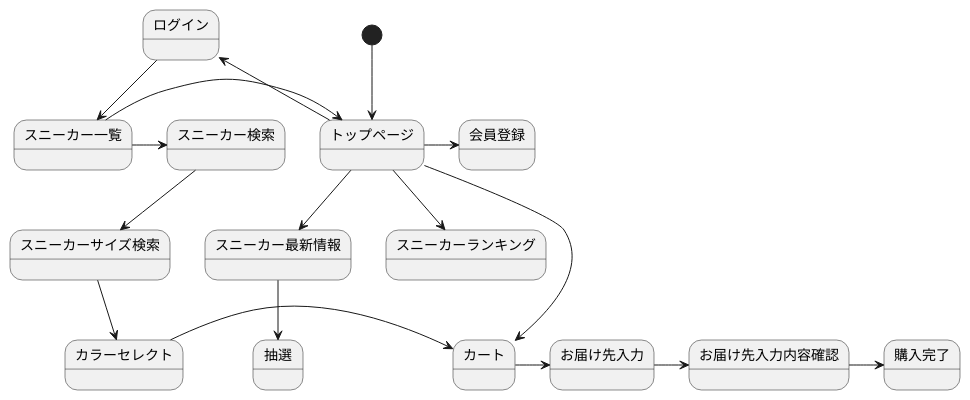
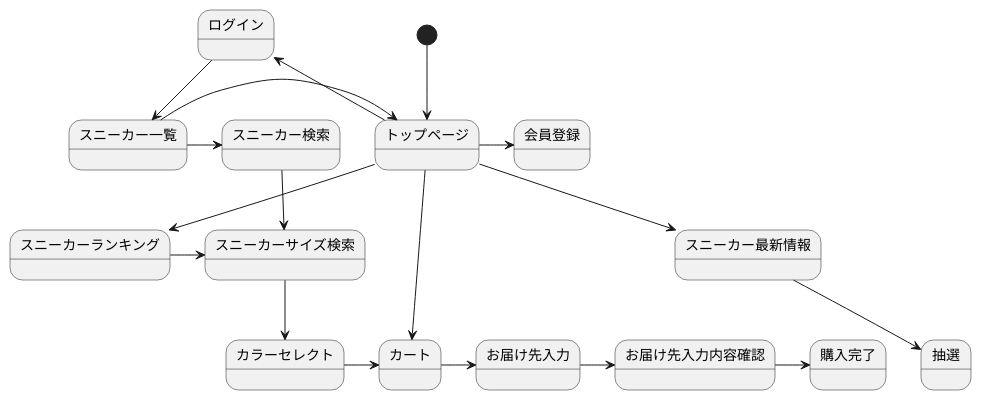
The diagram in kadai12.md (Aso2001379/2021sys-desing), drawn with PlantUML before and after one commit.

````diff
--- a/kadai12.md
+++ b/kadai12.md
@@ -1,20 +1,21 @@
 ```uml
 @startuml
 [*] --> トップページ
 トップページ -> 会員登録
 トップページ -left--> ログイン
 トップページ --> スニーカー最新情報
 スニーカー最新情報 --> 抽選
 トップページ --> スニーカーランキング
+スニーカーランキング -> スニーカーサイズ検索
 ログイン --> スニーカー一覧
 スニーカー一覧 -> スニーカー検索
 スニーカー一覧 -> トップページ
 スニーカー検索 --> スニーカーサイズ検索
 スニーカーサイズ検索 --> カラーセレクト
 カラーセレクト -> カート
 トップページ --> カート
 カート -> お届け先入力
 お届け先入力 -> お届け先入力内容確認
 お届け先入力内容確認 -> 購入完了
 @enduml
 ```
````
